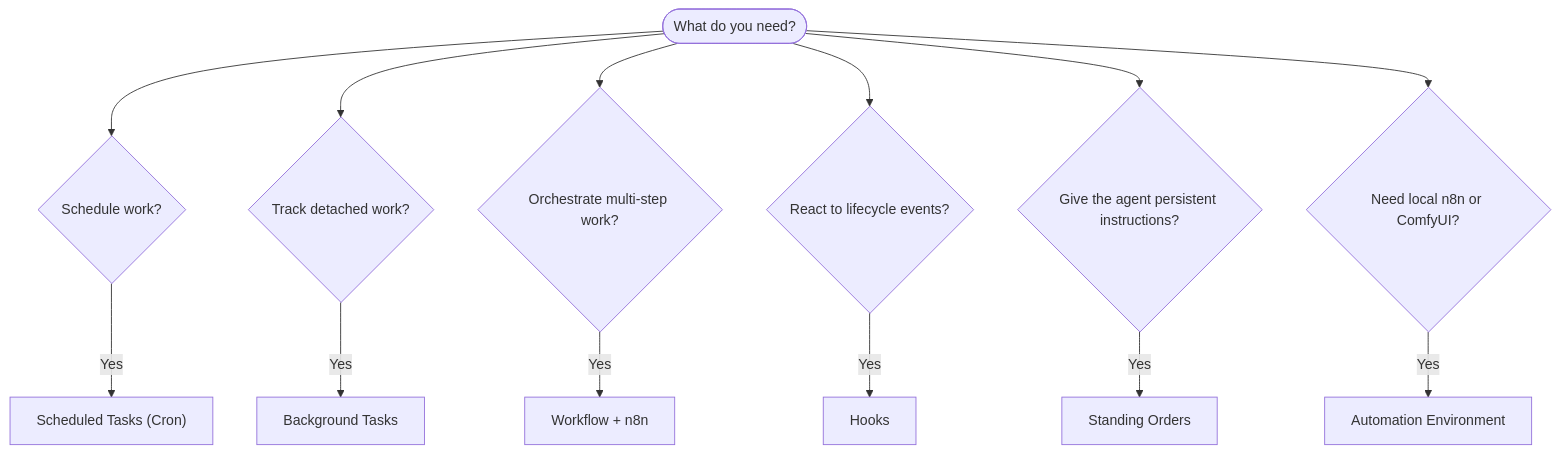
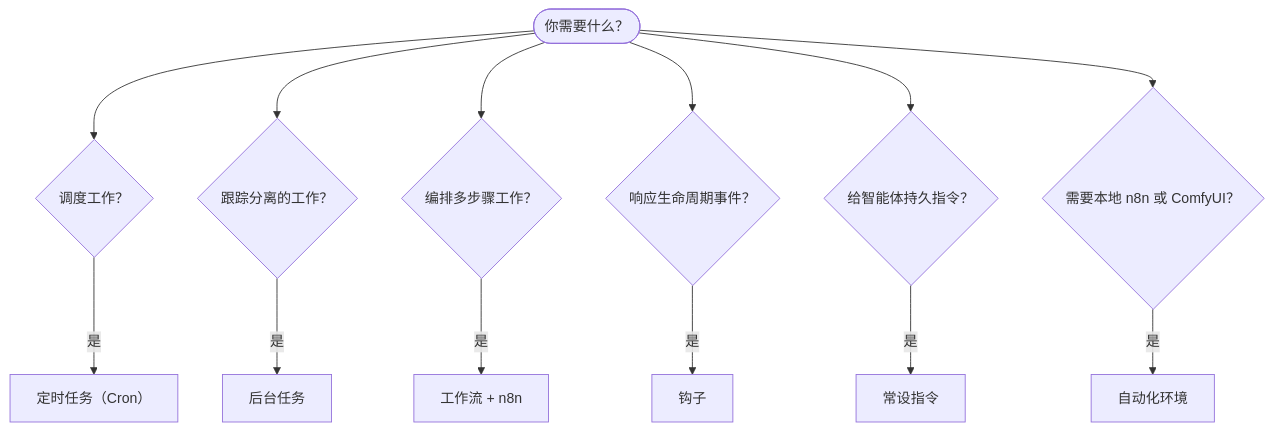
One commit to qianleigood/crawclaw changed the diagram in docs/zh-CN/automation/index.md. Above: the diagram before and after it, drawn with Mermaid. The commit also changed other lines of this file and 3 other files, not shown here.

````diff
--- a/docs/zh-CN/automation/index.md
+++ b/docs/zh-CN/automation/index.md
@@ -23,17 +23,17 @@
 ```mermaid
 flowchart TD
-    START([What do you need?]) --> Q1{Schedule work?}
-    START --> Q2{Track detached work?}
-    START --> Q3{Orchestrate multi-step work?}
-    START --> Q4{React to lifecycle events?}
-    START --> Q5{Give the agent persistent instructions?}
-    START --> Q6{Need local n8n or ComfyUI?}
+    START([你需要什么？]) --> Q1{调度工作？}
+    START --> Q2{跟踪分离的工作？}
+    START --> Q3{编排多步骤工作？}
+    START --> Q4{响应生命周期事件？}
+    START --> Q5{给智能体持久指令？}
+    START --> Q6{需要本地 n8n 或 ComfyUI？}
 
-    Q1 -->|Yes| CRON["Scheduled Tasks (Cron)"]
+    Q1 -->|是| CRON["定时任务（Cron）"]
 
-    Q2 -->|Yes| TASKS[Background Tasks]
-    Q3 -->|Yes| FLOW[Workflow + n8n]
-    Q4 -->|Yes| HOOKS[Hooks]
-    Q5 -->|Yes| SO[Standing Orders]
-    Q6 -->|Yes| ENV[Automation Environment]
+    Q2 -->|是| TASKS[后台任务]
+    Q3 -->|是| FLOW[工作流 + n8n]
+    Q4 -->|是| HOOKS[钩子]
+    Q5 -->|是| SO[常设指令]
+    Q6 -->|是| ENV[自动化环境]
 ```
````
